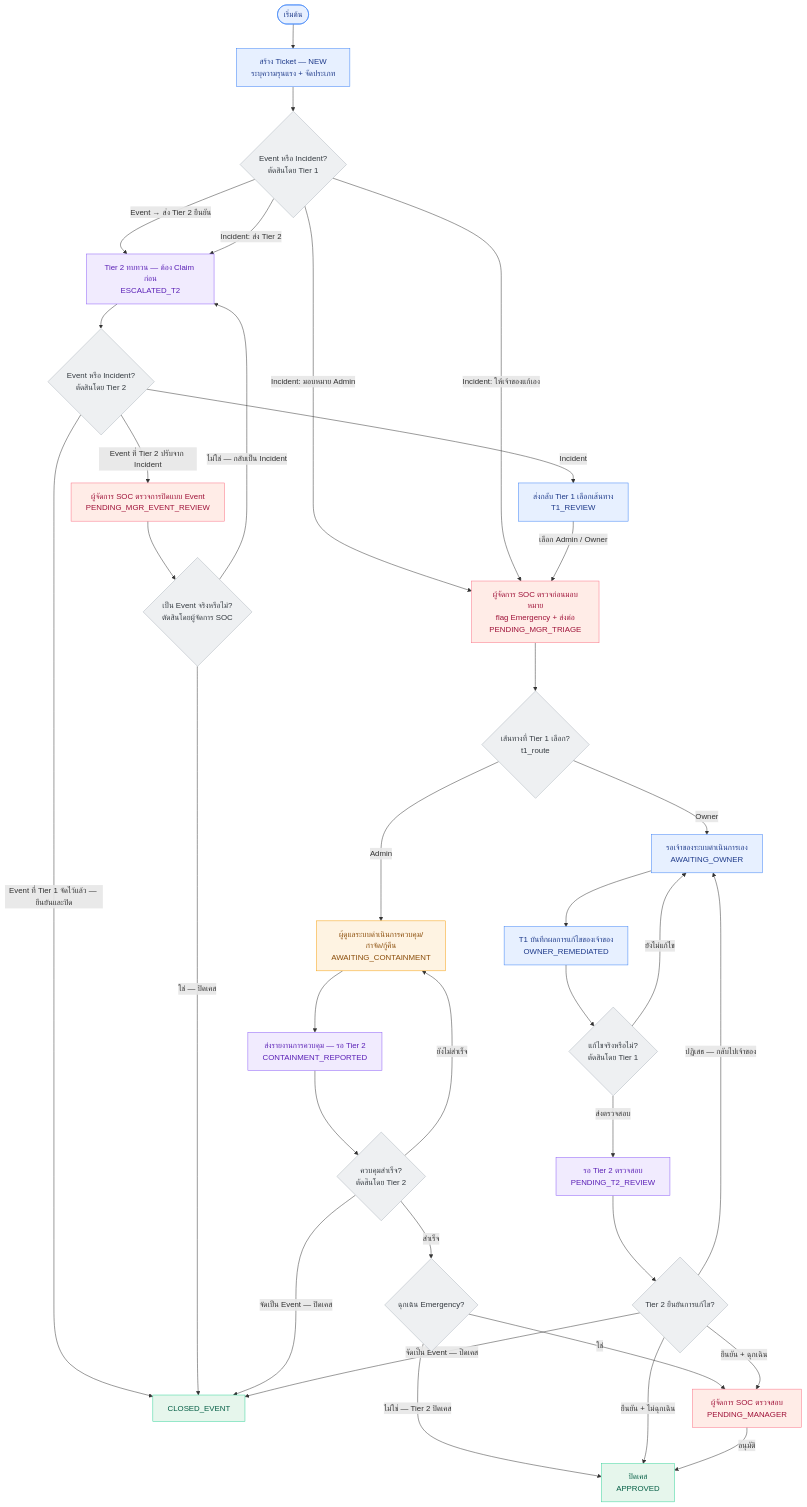
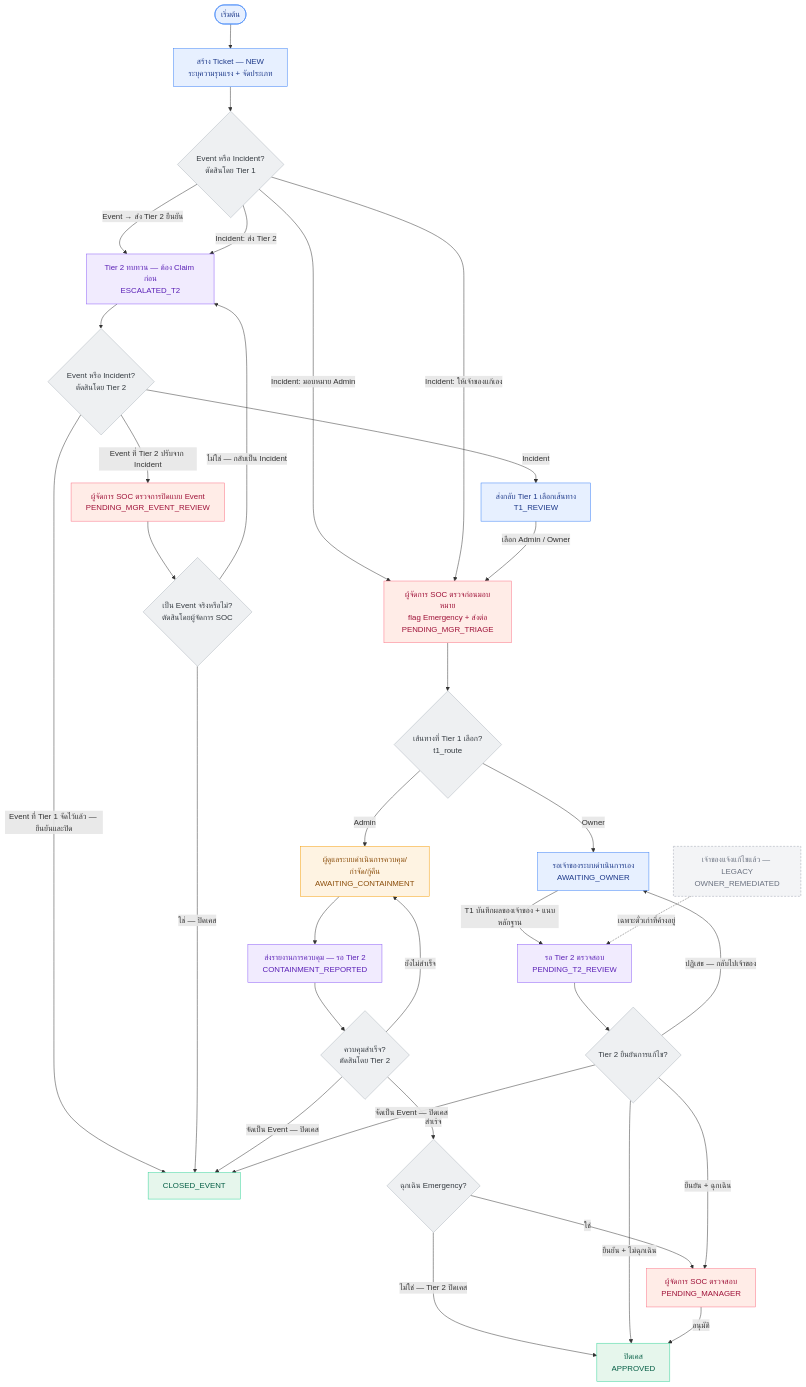
Before and after one commit to Getter939/SOC_Ticket: the diagram in docs/architecture/ticket-lifecycle-states.md, drawn with Mermaid. The commit also changed other lines of this file and 30 other files, not shown here.

````diff
--- a/docs/architecture/ticket-lifecycle-states.md
+++ b/docs/architecture/ticket-lifecycle-states.md
@@ -25,66 +31,70 @@
 ```mermaid
 flowchart TD
     START([เริ่มต้น]) --> NEW[สร้าง Ticket — NEW<br/>ระบุความรุนแรง + จัดประเภท]
 
     %% ── Tier 1 triage decision ──────────────────────────────
     NEW --> D1{Event หรือ Incident?<br/>ตัดสินโดย Tier 1}
     D1 -->|Event → ส่ง Tier 2 ยืนยัน| ESCALATED_T2
     D1 -->|Incident: มอบหมาย Admin| PENDING_MGR_TRIAGE
     D1 -->|Incident: ให้เจ้าของแก้เอง| PENDING_MGR_TRIAGE
     D1 -->|Incident: ส่ง Tier 2| ESCALATED_T2
 
     %% ── Tier 2 escalation triage ────────────────────────────
     ESCALATED_T2[Tier 2 ทบทวน — ต้อง Claim ก่อน<br/>ESCALATED_T2] --> D2{Event หรือ Incident?<br/>ตัดสินโดย Tier 2}
     D2 -->|Event ที่ Tier 1 จัดไว้แล้ว — ยืนยันและปิด| CLOSED_EVENT
     D2 -->|Event ที่ Tier 2 ปรับจาก Incident| PENDING_MGR_EVENT_REVIEW
     D2 -->|Incident| T1_REVIEW[ส่งกลับ Tier 1 เลือกเส้นทาง<br/>T1_REVIEW]
     T1_REVIEW -->|เลือก Admin / Owner| PENDING_MGR_TRIAGE
 
     %% ── Manager verifies a Tier 2 Event downgrade ───────────
     PENDING_MGR_EVENT_REVIEW[ผู้จัดการ SOC ตรวจการปิดแบบ Event<br/>PENDING_MGR_EVENT_REVIEW] --> D7{เป็น Event จริงหรือไม่?<br/>ตัดสินโดยผู้จัดการ SOC}
     D7 -->|ใช่ — ปิดเคส| CLOSED_EVENT
     D7 -->|ไม่ใช่ — กลับเป็น Incident| ESCALATED_T2
 
     %% ── SOC Manager pre-containment review (blocking) ───────
     PENDING_MGR_TRIAGE[ผู้จัดการ SOC ตรวจก่อนมอบหมาย<br/>flag Emergency + ส่งต่อ<br/>PENDING_MGR_TRIAGE] --> D_ROUTE{เส้นทางที่ Tier 1 เลือก?<br/>t1_route}
     D_ROUTE -->|Admin| AWAITING_CONTAINMENT
     D_ROUTE -->|Owner| AWAITING_OWNER
 
     %% ── Admin containment lane (verified by Tier 2) ─────────
     AWAITING_CONTAINMENT[ผู้ดูแลระบบดำเนินการควบคุม/กำจัด/กู้คืน<br/>AWAITING_CONTAINMENT] --> CONTAINMENT_REPORTED[ส่งรายงานการควบคุม — รอ Tier 2<br/>CONTAINMENT_REPORTED]
     CONTAINMENT_REPORTED --> D3{ควบคุมสำเร็จ?<br/>ตัดสินโดย Tier 2}
     D3 -->|ยังไม่สำเร็จ| AWAITING_CONTAINMENT
     D3 -->|จัดเป็น Event — ปิดเคส| CLOSED_EVENT
     D3 -->|สำเร็จ| D4{ฉุกเฉิน Emergency?}
     D4 -->|ไม่ใช่ — Tier 2 ปิดเคส| APPROVED[ปิดเคส<br/>APPROVED]
     D4 -->|ใช่| PENDING_MANAGER[ผู้จัดการ SOC ตรวจสอบ<br/>PENDING_MANAGER]
 
     %% ── Direct-to-Owner lane (skips System Admin) ───────────
-    AWAITING_OWNER[รอเจ้าของระบบดำเนินการเอง<br/>AWAITING_OWNER] --> OWNER_REMEDIATED[T1 บันทึกผลการแก้ไขของเจ้าของ<br/>OWNER_REMEDIATED]
-    OWNER_REMEDIATED --> D5{แก้ไขจริงหรือไม่?<br/>ตัดสินโดย Tier 1}
-    D5 -->|ยังไม่แก้ไข| AWAITING_OWNER
-    D5 -->|ส่งตรวจสอบ| PENDING_T2_REVIEW[รอ Tier 2 ตรวจสอบ<br/>PENDING_T2_REVIEW]
+    %% One action: Tier 1 attaches what the owner sent, records it in the note,
+    %% and hands to Tier 2. Adequacy is judged once, by Tier 2 — no T1 decision.
+    AWAITING_OWNER[รอเจ้าของระบบดำเนินการเอง<br/>AWAITING_OWNER] -->|T1 บันทึกผลของเจ้าของ + แนบหลักฐาน| PENDING_T2_REVIEW[รอ Tier 2 ตรวจสอบ<br/>PENDING_T2_REVIEW]
+    %% LEGACY — no live edge leads INTO this node any more. Kept reachable-out
+    %% so tickets already in OWNER_REMEDIATED can still finish. Do not re-wire.
+    OWNER_REMEDIATED[เจ้าของแจ้งแก้ไขแล้ว — LEGACY<br/>OWNER_REMEDIATED] -.->|เฉพาะตั๋วเก่าที่ค้างอยู่| PENDING_T2_REVIEW
     PENDING_T2_REVIEW --> D6{Tier 2 ยืนยันการแก้ไข?}
     D6 -->|ปฏิเสธ — กลับไปเจ้าของ| AWAITING_OWNER
     D6 -->|จัดเป็น Event — ปิดเคส| CLOSED_EVENT
     D6 -->|ยืนยัน + ไม่ฉุกเฉิน| APPROVED
     D6 -->|ยืนยัน + ฉุกเฉิน| PENDING_MANAGER
 
     %% ── Manager gate (emergency only) ───────────────────────
     PENDING_MANAGER -->|อนุมัติ| APPROVED
 
     %% ── Role coloring ───────────────────────────────────────
     classDef t1 fill:#e7f0ff,stroke:#3b82f6,color:#1e3a8a;
     classDef t2 fill:#f1ebfe,stroke:#8b5cf6,color:#5b21b6;
     classDef admin fill:#fef3e2,stroke:#f59e0b,color:#8a4d0a;
     classDef mgr fill:#ffece7,stroke:#fb7185,color:#9f1239;
     classDef closed fill:#e6f6ec,stroke:#34d399,color:#065f46;
     classDef decision fill:#eef0f2,stroke:#adb5bd,color:#343a40;
+    classDef legacy fill:#f3f4f6,stroke:#9ca3af,color:#6b7280,stroke-dasharray:4 3;
 
-    class START,NEW,T1_REVIEW,AWAITING_OWNER,OWNER_REMEDIATED t1;
+    class START,NEW,T1_REVIEW,AWAITING_OWNER t1;
     class ESCALATED_T2,CONTAINMENT_REPORTED,PENDING_T2_REVIEW t2;
     class AWAITING_CONTAINMENT admin;
     class PENDING_MGR_TRIAGE,PENDING_MANAGER,PENDING_MGR_EVENT_REVIEW mgr;
     class APPROVED,CLOSED_EVENT closed;
-    class D1,D2,D3,D4,D5,D6,D7,D_ROUTE decision;
+    class OWNER_REMEDIATED legacy;
+    class D1,D2,D3,D4,D6,D7,D_ROUTE decision;
 ```
````
